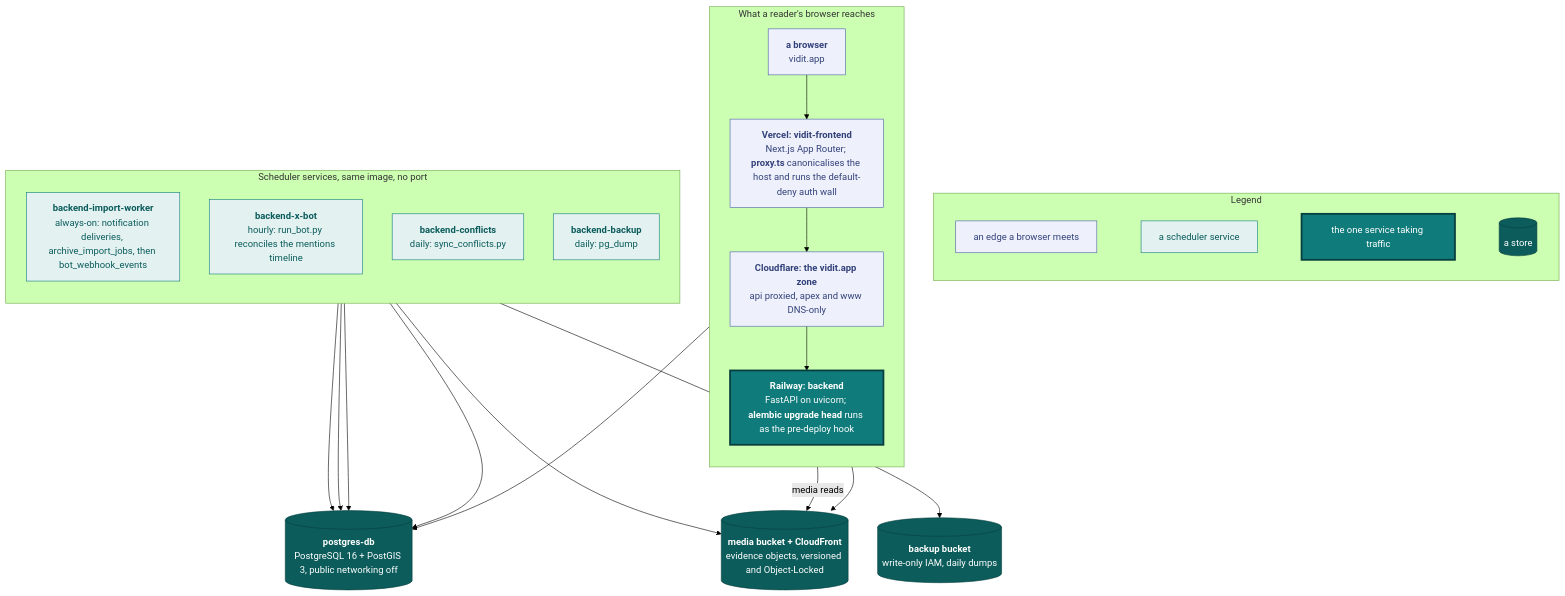
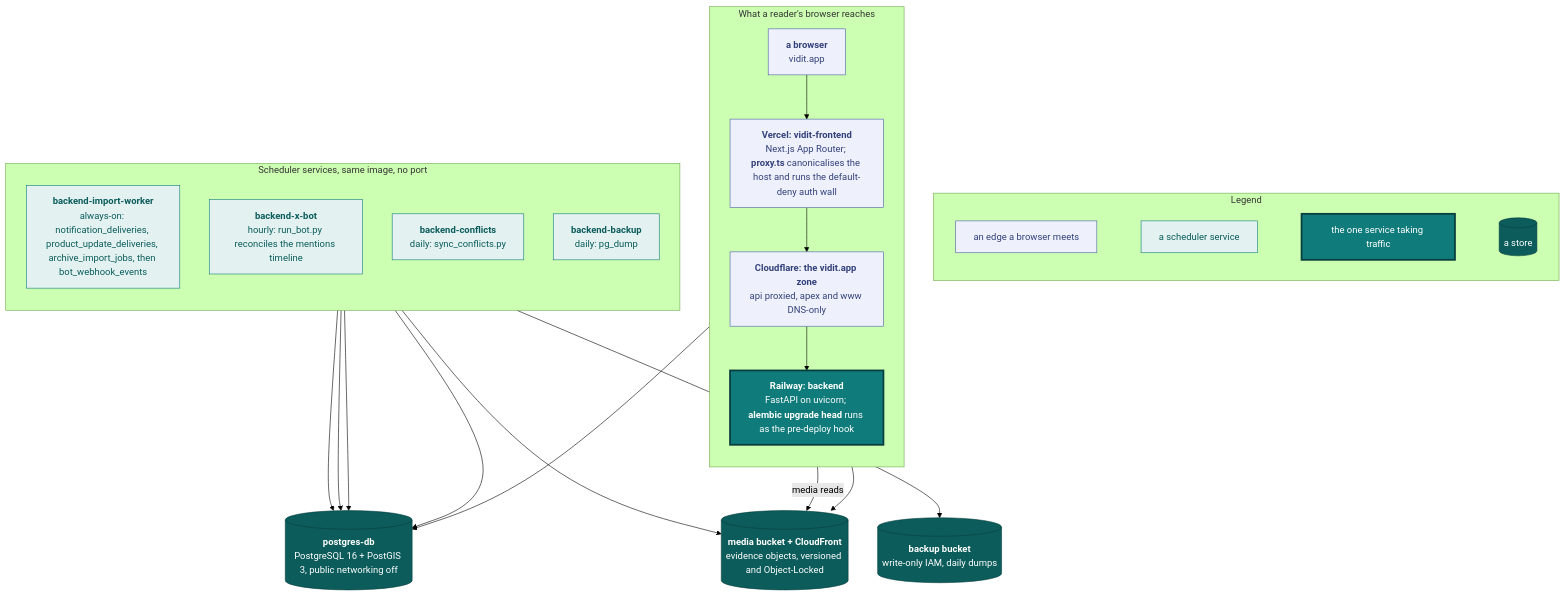
Before and after one commit to vidithq/vidit: the first of 6 diagrams in docs/engineering.md, drawn with Mermaid (forest theme). The commit also changed other lines of this file and 11 other files, not shown here.

````diff
--- a/docs/engineering.md
+++ b/docs/engineering.md
@@ -5,58 +5,58 @@
 ```mermaid
 flowchart TB
   classDef spec fill:#eef1fb,stroke:#4a5fa5,color:#33417a
   classDef shared fill:#e3f2f1,stroke:#0f7b7a,color:#0b5c5b
   classDef core fill:#0f7b7a,stroke:#083f3e,stroke-width:3px,color:#ffffff
   classDef store fill:#0b5c5b,stroke:#083f3e,color:#ffffff
 
   subgraph legend [Legend]
     direction LR
     l1["`an edge a browser meets`"]:::spec
     l2["`a scheduler service`"]:::shared
     l3["`the one service taking traffic`"]:::core
     l4[("`a store`")]:::store
     l1 ~~~ l2 ~~~ l3 ~~~ l4
   end
 
   subgraph traffic [What a reader's browser reaches]
     direction TB
     reader["`**a browser**
     vidit.app`"]:::spec
     vercel["`**Vercel: vidit-frontend**
     Next.js App Router; **proxy.ts** canonicalises the host and runs the default-deny auth wall`"]:::spec
     cf["`**Cloudflare: the vidit.app zone**
     api proxied, apex and www DNS-only`"]:::spec
     api["`**Railway: backend**
     FastAPI on uvicorn; **alembic upgrade head** runs as the pre-deploy hook`"]:::core
     reader --> vercel --> cf --> api
   end
 
   subgraph sched [Scheduler services, same image, no port]
     direction TB
     worker["`**backend-import-worker**
-    always-on: notification deliveries, archive_import_jobs, then bot_webhook_events`"]:::shared
+    always-on: notification_deliveries, product_update_deliveries, archive_import_jobs, then bot_webhook_events`"]:::shared
     bot["`**backend-x-bot**
     hourly: run_bot.py reconciles the mentions timeline`"]:::shared
     conf["`**backend-conflicts**
     daily: sync_conflicts.py`"]:::shared
     backup["`**backend-backup**
     daily: pg_dump`"]:::shared
   end
 
   db[("`**postgres-db**
   PostgreSQL 16 + PostGIS 3, public networking off`")]:::store
   s3[("`**media bucket + CloudFront**
   evidence objects, versioned and Object-Locked`")]:::store
   bak[("`**backup bucket**
   write-only IAM, daily dumps`")]:::store
 
   reader -- "media reads" --> s3
   api --> db
   api --> s3
   worker --> db
   bot --> db
   conf --> db
   worker --> s3
   backup --> db
   backup --> bak
 ```
````
